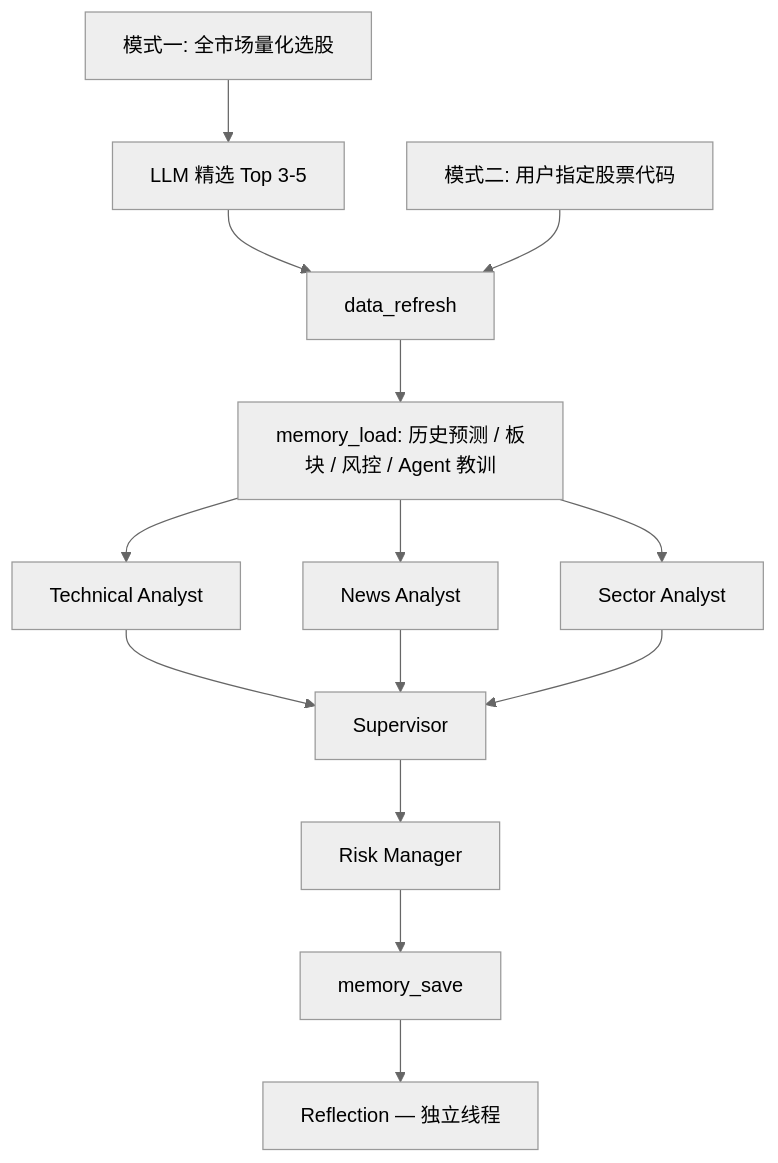
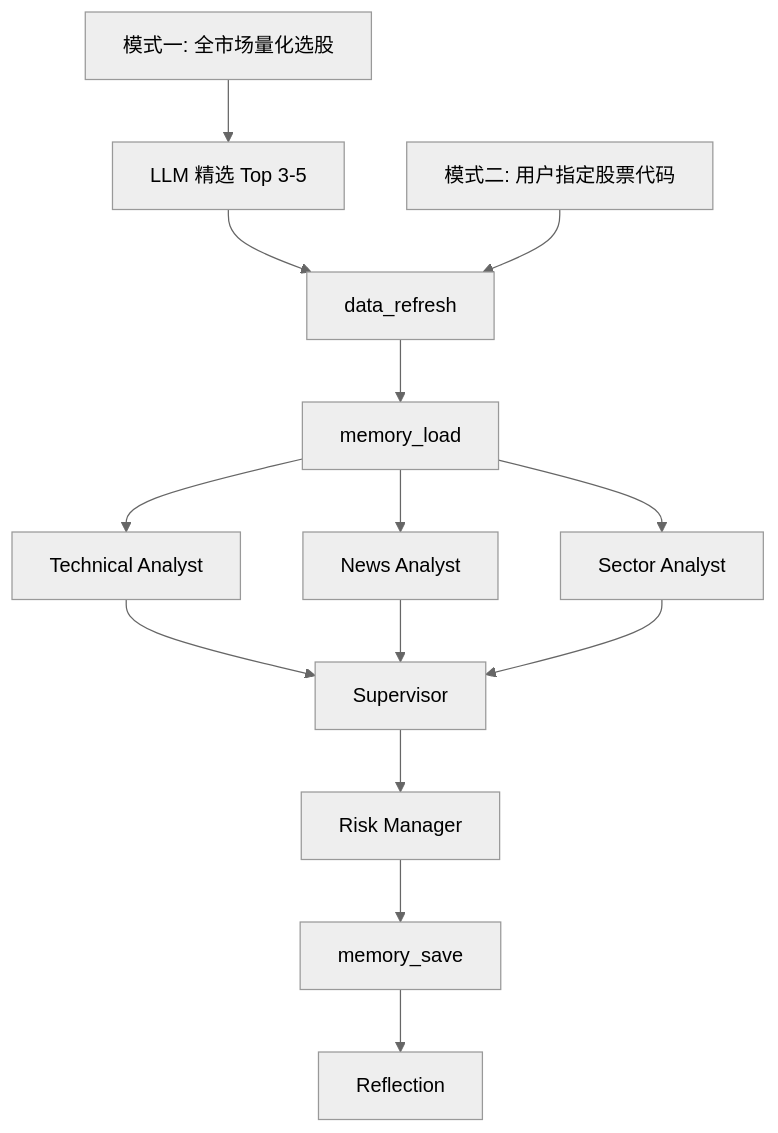
The diagram in README.md (Box0528/stock-multi-agent-system), drawn with Mermaid (neutral theme) before and after one commit. The commit also changed other lines of this file and 1 other file, not shown here.

Commit message:
docs: README rewrite with screenshot, badges, Contributing, License, Roadmap

````diff
--- a/README.md
+++ b/README.md
@@ -29,21 +69,21 @@
 ```mermaid
 flowchart TD
     A1[模式一: 全市场量化选股] --> A2[LLM 精选 Top 3-5]
     B1[模式二: 用户指定股票代码]
 
     A2 --> C[data_refresh]
     B1 --> C
-    C --> D[memory_load: 历史预测 / 板块 / 风控 / Agent 教训]
+    C --> D[memory_load]
 
     D --> F1[Technical Analyst]
     D --> F2[News Analyst]
     D --> F3[Sector Analyst]
 
     F1 --> G[Supervisor]
     F2 --> G
     F3 --> G
 
     G --> H[Risk Manager]
     H --> I[memory_save]
-    I --> J[Reflection — 独立线程]
+    I --> J[Reflection]
 ```
````
